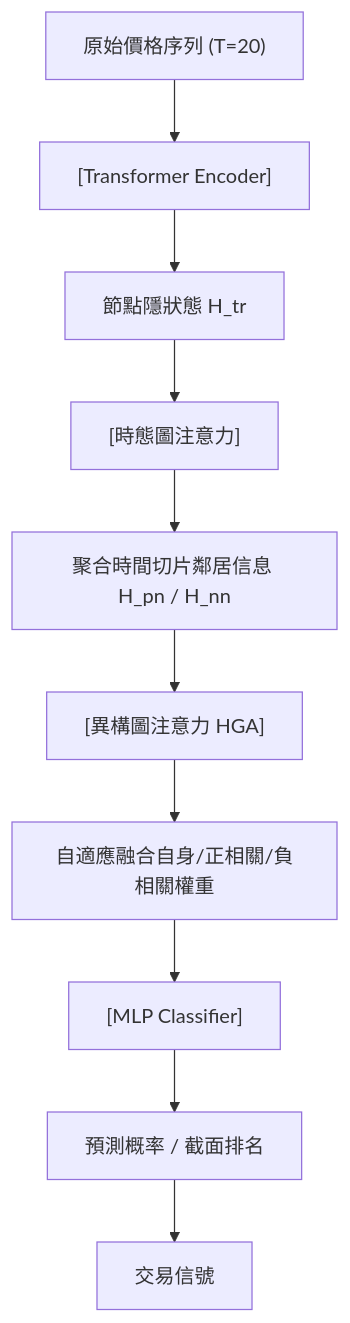
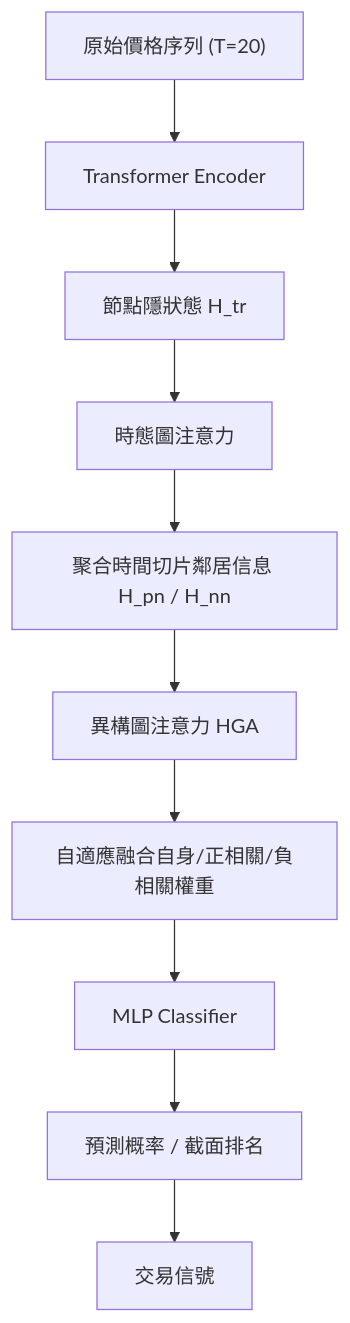
Before and after one commit to sou350121/Trading-Handbook: the diagram in foundations/graph-networks/thgnn.md, drawn with Mermaid. The commit also changed 191 other files, not shown here.

First line of the commit message:
render: fix math + mermaid for GitHub across the corpus (188 pages)

````diff
--- a/foundations/graph-networks/thgnn.md
+++ b/foundations/graph-networks/thgnn.md
@@ -30,12 +30,12 @@
 ```mermaid
 flowchart TD
-    A["原始價格序列 (T=20)"] --> B["[Transformer Encoder]"]
+    A["原始價格序列 (T=20)"] --> B["Transformer Encoder"]
     B --> C["節點隱狀態 H_tr"]
-    C --> D["[時態圖注意力]"]
+    C --> D["時態圖注意力"]
     D --> E["聚合時間切片鄰居信息 H_pn / H_nn"]
-    E --> F["[異構圖注意力 HGA]"]
+    E --> F["異構圖注意力 HGA"]
     F --> G["自適應融合自身/正相關/負相關權重"]
-    G --> H["[MLP Classifier]"]
+    G --> H["MLP Classifier"]
     H --> I["預測概率 / 截面排名"]
     I --> J["交易信號"]
 ```
````
